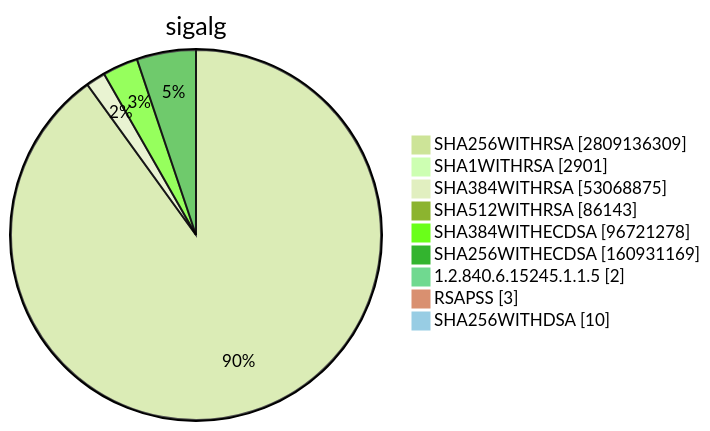
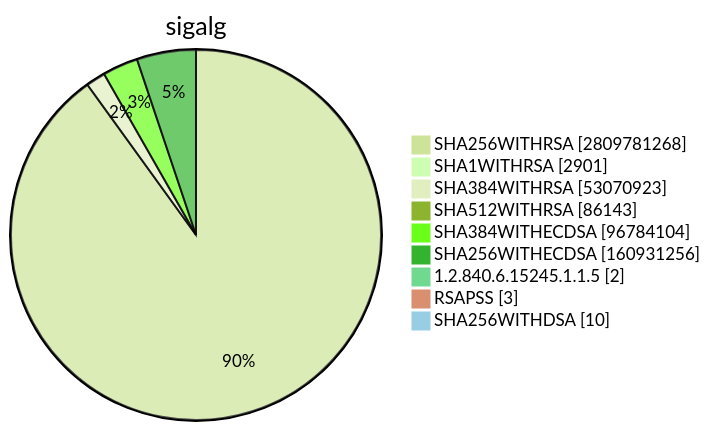
One commit to christiankrug/ctmonitor_visualization changed diagram 15 of 15 in TOTAL/README.md. Above: the diagram before and after it, drawn with Mermaid (forest theme). The commit also changed other lines of this file, not shown here.

````diff
--- a/TOTAL/README.md
+++ b/TOTAL/README.md
@@ -6207,13 +6207,13 @@
 ```mermaid
 pie showData
 title sigalg
-"SHA256WITHRSA" :2809136309
+"SHA256WITHRSA" :2809781268
 "SHA1WITHRSA" :2901
-"SHA384WITHRSA" :53068875
+"SHA384WITHRSA" :53070923
 "SHA512WITHRSA" :86143
-"SHA384WITHECDSA" :96721278
-"SHA256WITHECDSA" :160931169
+"SHA384WITHECDSA" :96784104
+"SHA256WITHECDSA" :160931256
 "1.2.840.6.15245.1.1.5" :2
 "RSAPSS" :3
 "SHA256WITHDSA" :10
 ```
````
